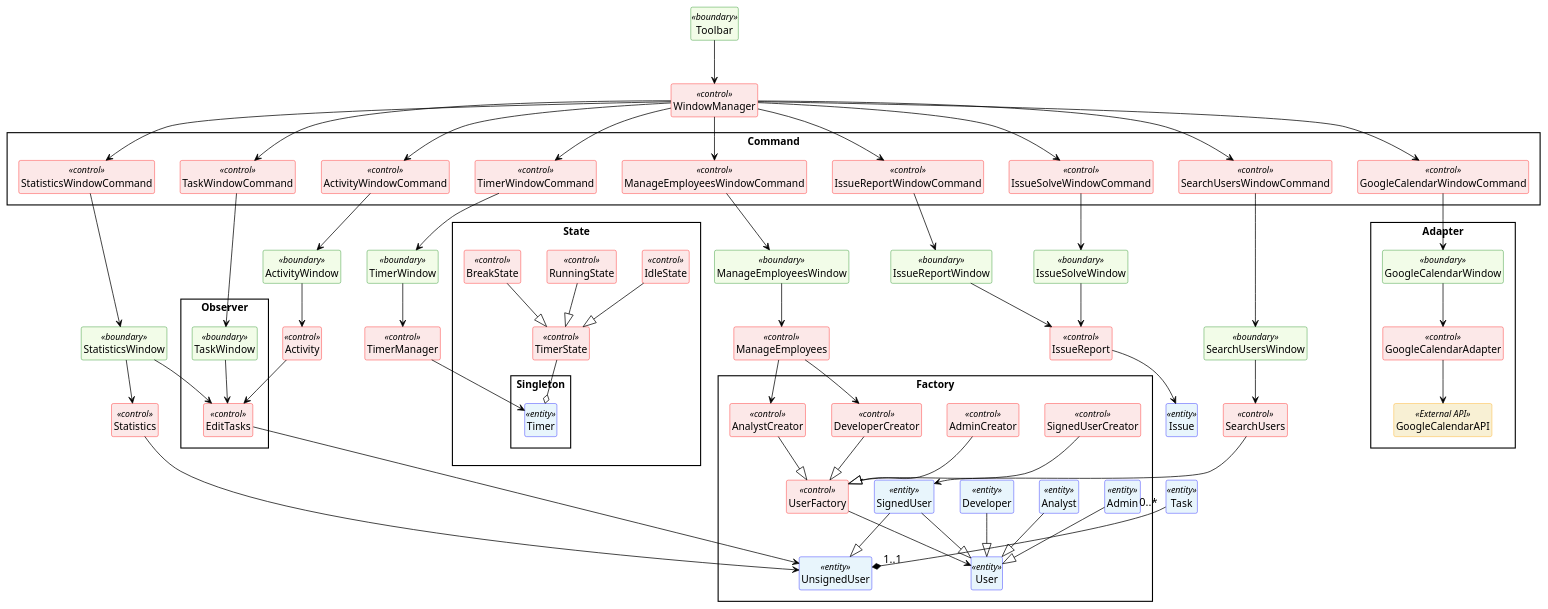
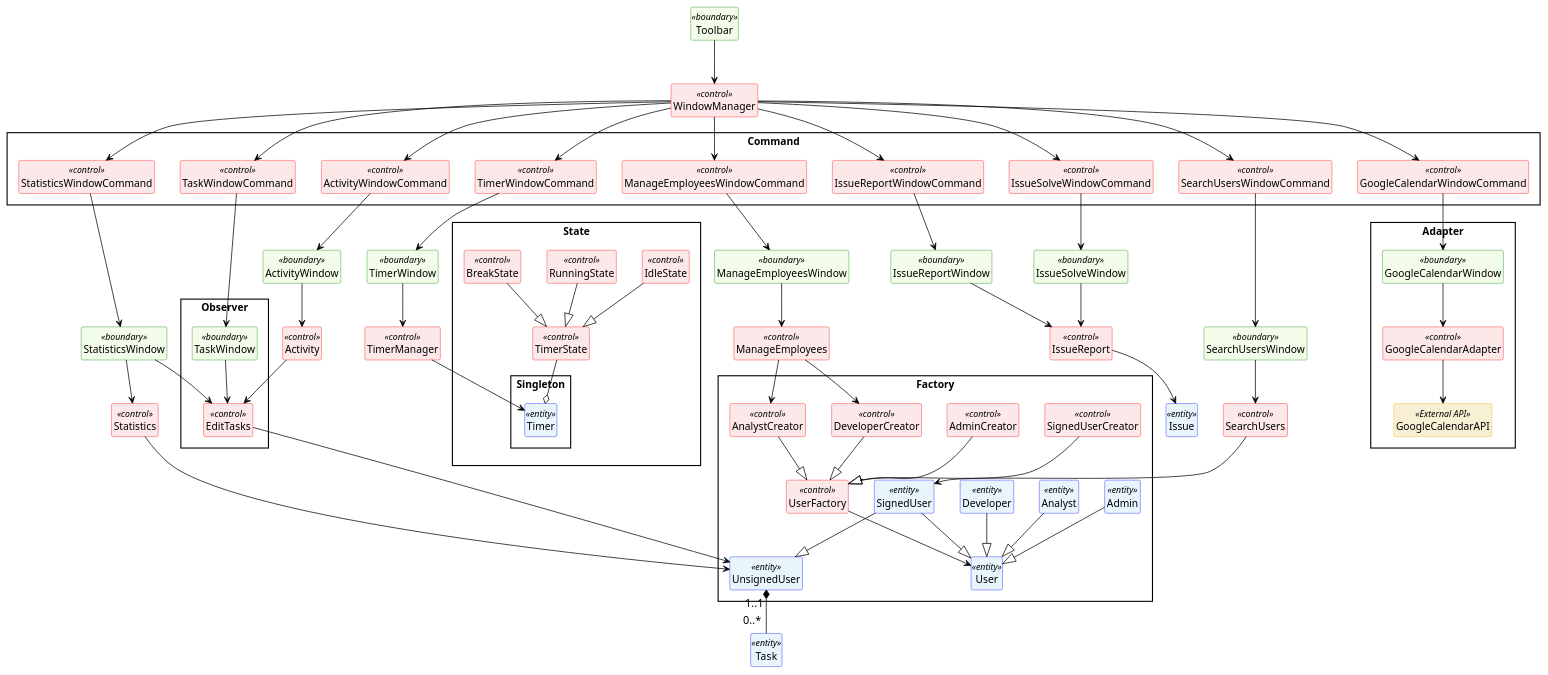
Before and after one commit to juremrzek/ProductivityApp: the diagram in docs/gradivo/plantuml/razredni_diagram_hidemembers.plantuml, drawn with PlantUML. The commit also changed 3 other files, not shown here.

```diff
--- a/docs/gradivo/plantuml/razredni_diagram_hidemembers.plantuml
+++ b/docs/gradivo/plantuml/razredni_diagram_hidemembers.plantuml
@@ -236,18 +236,16 @@
       -duration: int
       -break: int
       +getInstance(): Timer
-      +resetTimer(): void
-      +pauseTimer(): void
-      +resumeTimer(): void
+      +reset(): void
+      +pause(): void
       +startBreak(): void
       +stopBreak(): void
       +getCurrentTime(): void
     }
   }
   Class TimerState<<control>>{
+    +start(): void
     +reset(): void
-    +pause(): void
-    +resume(): void
     +startBreak(): void
     +stopBreak(): void
   }
@@ -256,19 +254,16 @@
   }
   Class RunningState<<control>>{
     +reset(): void
-    +pause(): void
     +startBreak(): void
   }
   Class BreakState<<control>>{
     +reset(): void
-    +resume(): void
     +stopBreak(): void
   }
 }
 Class TimerManager<<control>>{
-    +resetTimer(): void
-    +pauseTimer(): void
-    +resumeTimer(): void
+    +start(): void
+    +reset(): void
     +startBreak(): void
     +stopBreak(): void
     +getCurrentTime(): void
@@ -278,9 +273,7 @@
 }
 
 '------Povezave-----------------------
-Task "<font size=15> 0..* </font>" --* "<font size=15>  1..1</font>" UnsignedUser
-'TimedTask --> Task
-'EditTasks --> Task
+Task "<font size=15> 0..* </font>" -up-* "<font size=15>  1..1</font>" UnsignedUser
 EditTasks --> UnsignedUser
 TaskWindow --> EditTasks
 IssueReport --> Issue
```
